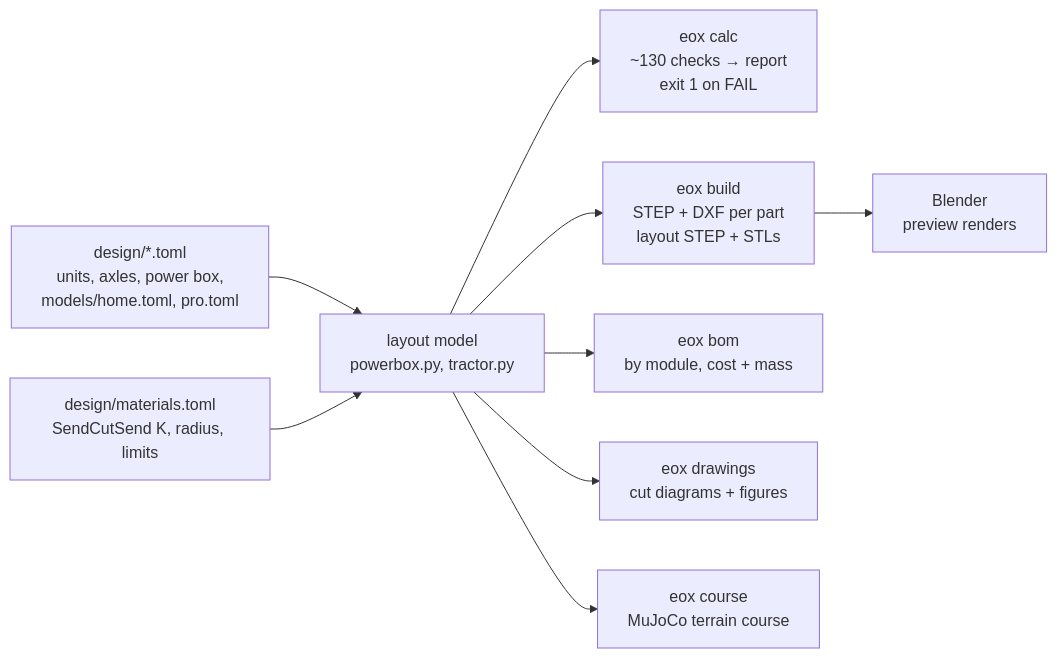
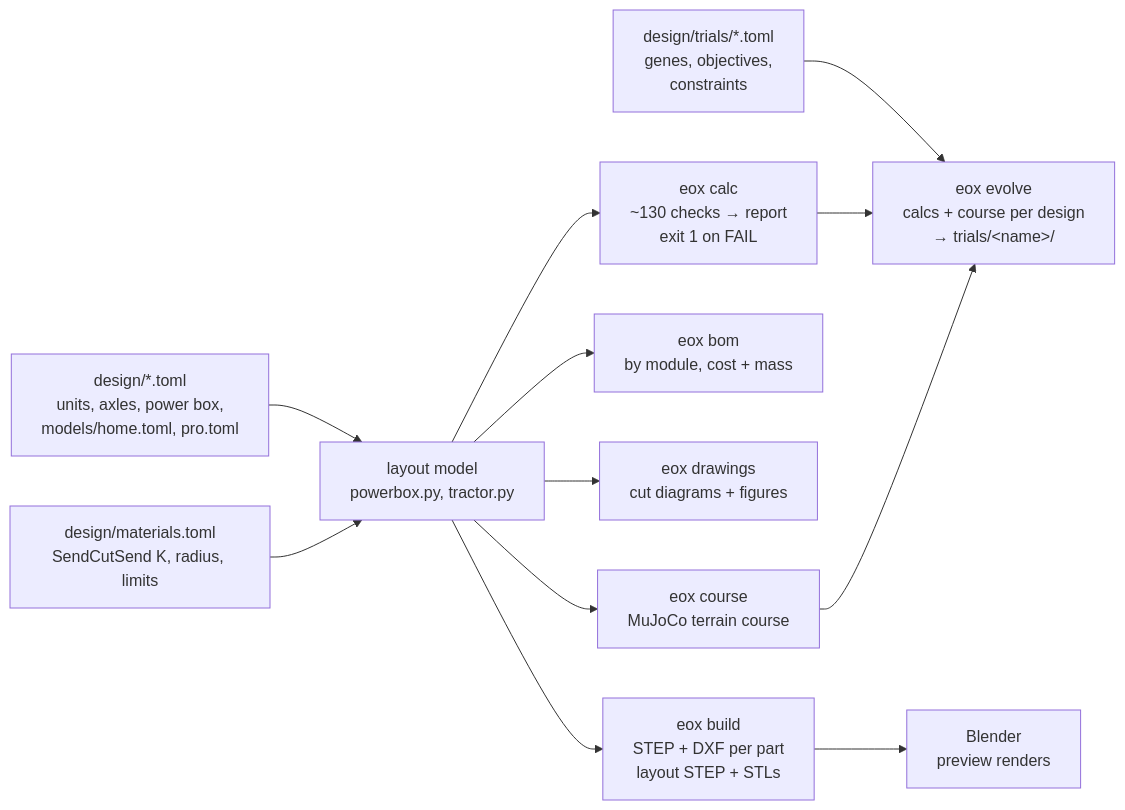
The third of 3 diagrams in README.md (zacharyelston/EOx), drawn with Mermaid before and after one commit. The commit also changed other lines of this file and 3 other files, not shown here.

Commit message:
Add a design log and document trials, baselines and the Home layout changes

````diff
--- a/README.md
+++ b/README.md
@@ -340,11 +372,14 @@
 ```mermaid
 flowchart LR
   T["design/*.toml<br/>units, axles, power box,<br/>models/home.toml, pro.toml"] --> L["layout model<br/>powerbox.py, tractor.py"]
   M["design/materials.toml<br/>SendCutSend K, radius, limits"] --> L
   L --> C["eox calc<br/>~130 checks → report<br/>exit 1 on FAIL"]
   L --> B["eox build<br/>STEP + DXF per part<br/>layout STEP + STLs"]
   L --> O["eox bom<br/>by module, cost + mass"]
   L --> D["eox drawings<br/>cut diagrams + figures"]
   L --> S["eox course<br/>MuJoCo terrain course"]
+  TR["design/trials/*.toml<br/>genes, objectives,<br/>constraints"] --> EV["eox evolve<br/>calcs + course per design<br/>→ trials/&lt;name&gt;/"]
+  C --> EV
+  S --> EV
   B --> R["Blender<br/>preview renders"]
 ```
````
